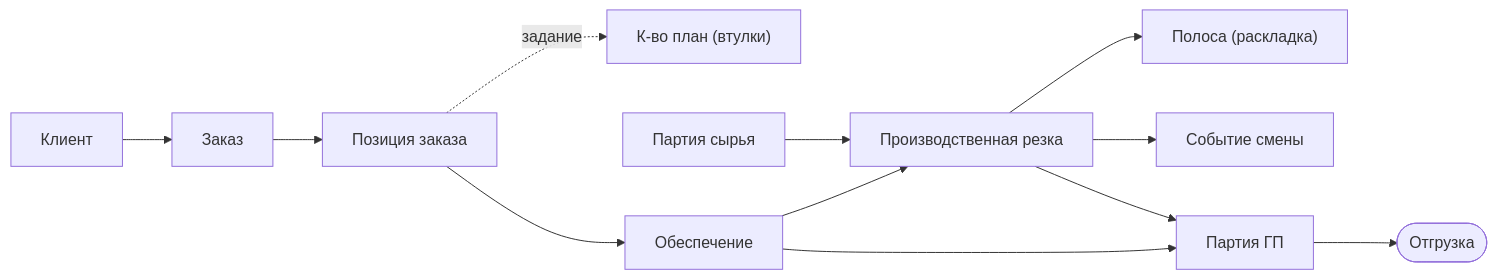
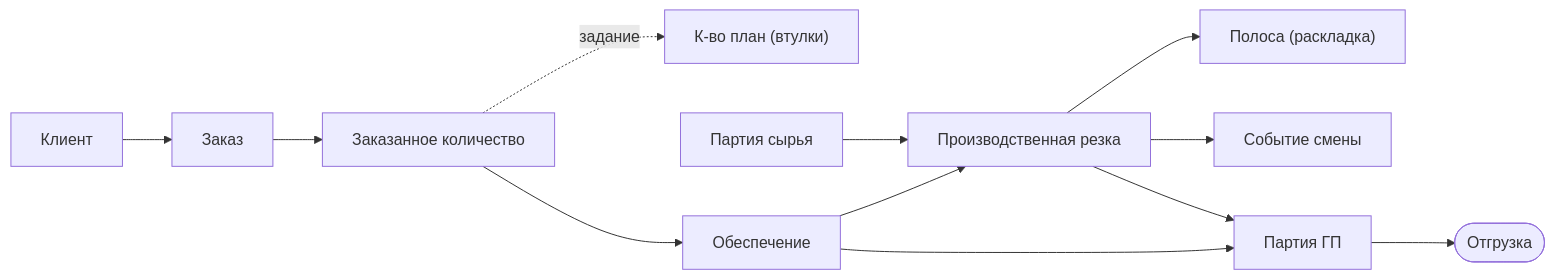
One commit to ideav/crm changed the second of 2 diagrams in docs/atex_data_schema.md. Above: the diagram before and after it, drawn with Mermaid. The commit also changed other lines of this file and 10 other files, not shown here.

````diff
--- a/docs/atex_data_schema.md
+++ b/docs/atex_data_schema.md
@@ -385,14 +385,14 @@
 ```mermaid
 flowchart LR
     K["Клиент"] --> Z["Заказ"]
-    Z --> P["Позиция заказа"]
+    Z --> P["Заказанное количество"]
     P -. "задание" .-> KV["К-во план (втулки)"]
     PS["Партия сырья"] --> R["Производственная резка"]
     P --> OB["Обеспечение"]
     OB --> R
     R --> PL["Полоса (раскладка)"]
     R --> SE["Событие смены"]
     R --> GP["Партия ГП"]
     OB --> GP
     GP --> SHIP(["Отгрузка"])
 ```
````
